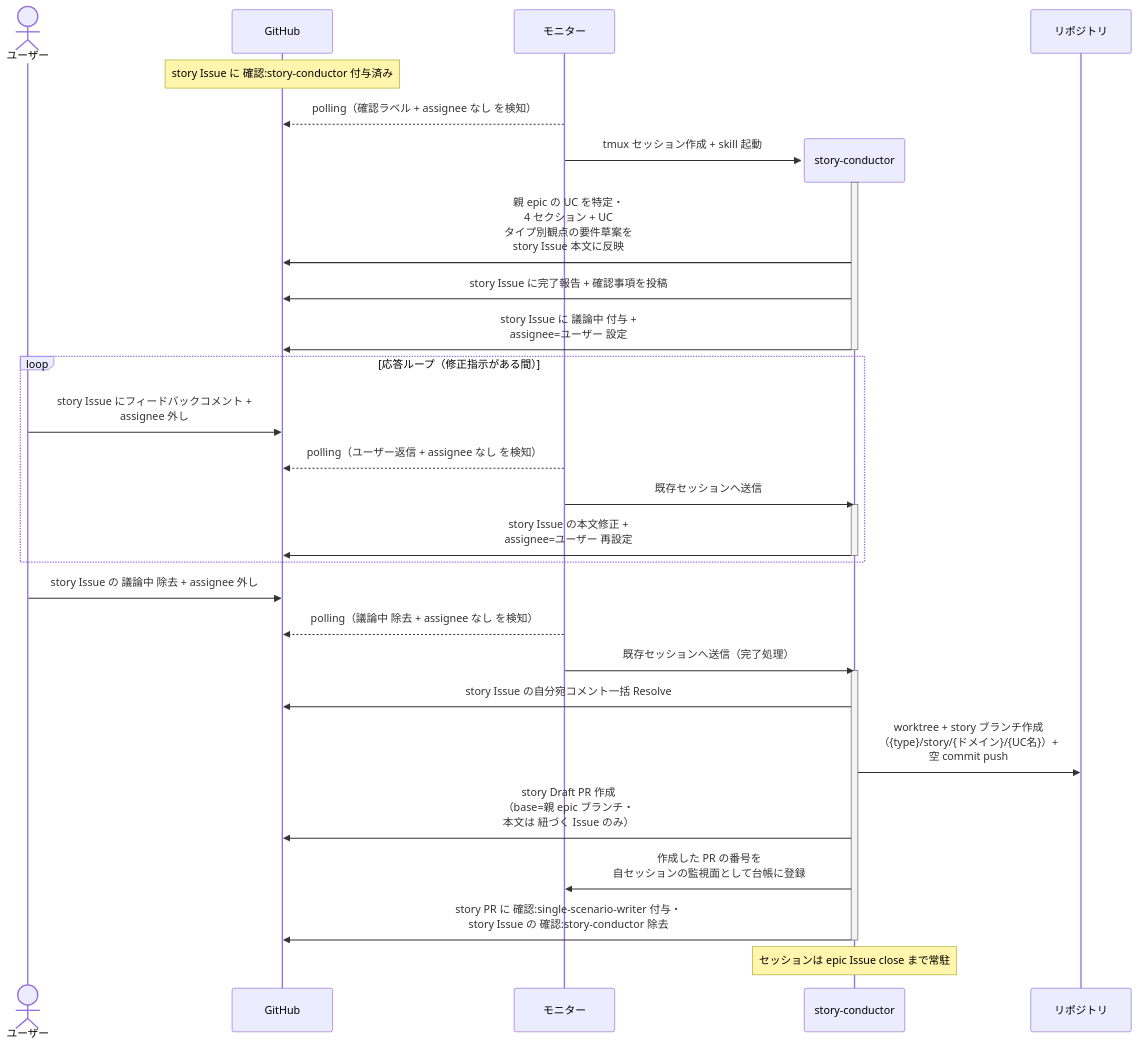
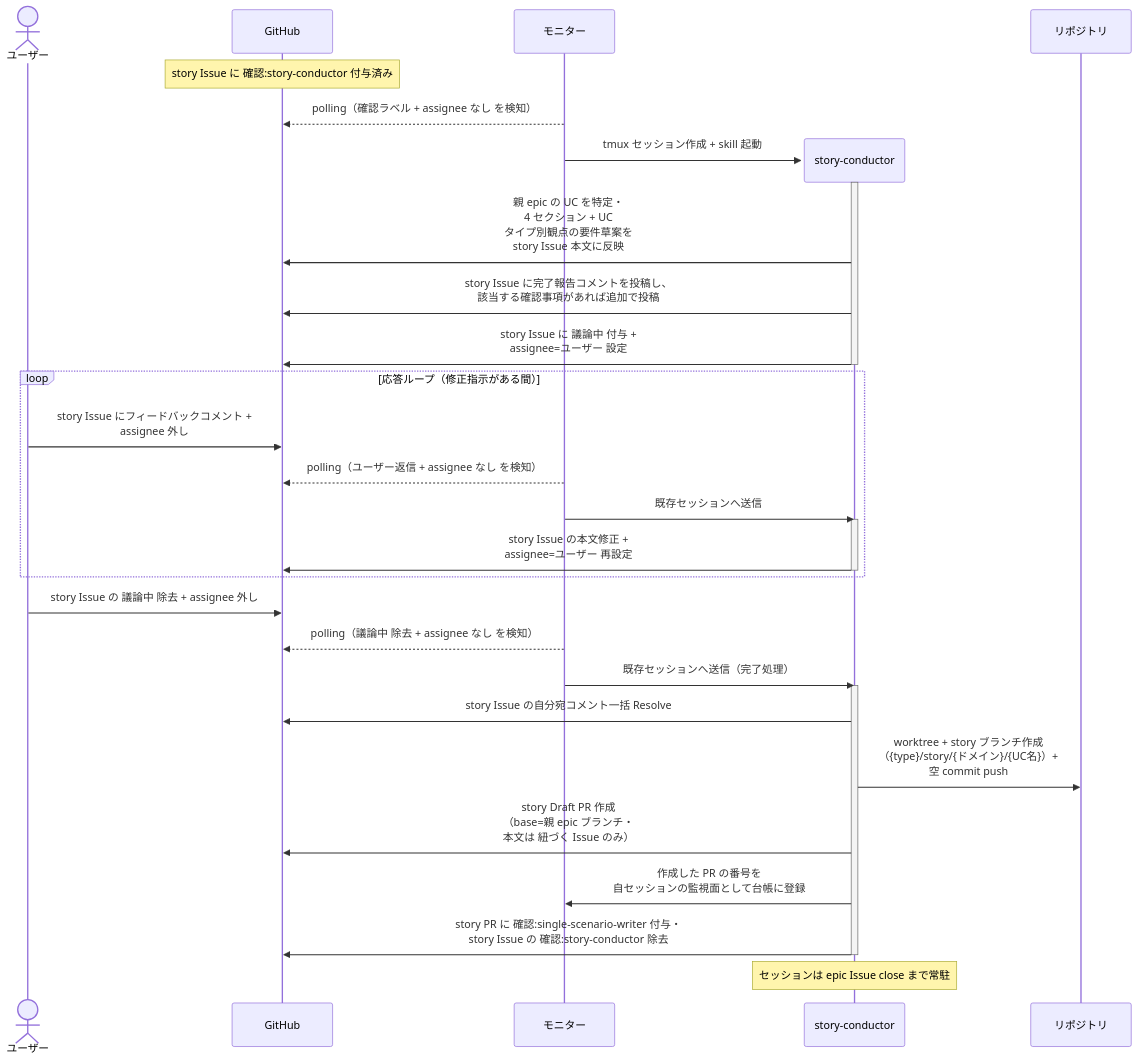
Before and after one commit to shuhei1101/ai-monitor: the diagram in docs/wiki/設計図/シナリオ/単一ユースケース/story要件確定.md, drawn with Mermaid. The commit also changed 5 other files, not shown here.

````diff
--- a/docs/wiki/設計図/シナリオ/単一ユースケース/story要件確定.md
+++ b/docs/wiki/設計図/シナリオ/単一ユースケース/story要件確定.md
@@ -20,38 +20,38 @@
 ```mermaid
 sequenceDiagram
   actor U as ユーザー
   participant GH as GitHub
   participant ORC as モニター
 
   Note over GH: story Issue に 確認:story-conductor 付与済み
   ORC-->>GH: polling（確認ラベル + assignee なし を検知）
   create participant MON as story-conductor
   ORC->>MON: tmux セッション作成 + skill 起動
   participant REPO as リポジトリ
   activate MON
   MON->>GH: 親 epic の UC を特定・<br>4 セクション + UC<br>タイプ別観点の要件草案を<br>story Issue 本文に反映
-  MON->>GH: story Issue に完了報告 + 確認事項を投稿
+  MON->>GH: story Issue に完了報告コメントを投稿し、<br>該当する確認事項があれば追加で投稿
   MON->>GH: story Issue に 議論中 付与 +<br>assignee=ユーザー 設定
   deactivate MON
 
   loop 応答ループ（修正指示がある間）
     U->>GH: story Issue にフィードバックコメント +<br>assignee 外し
     ORC-->>GH: polling（ユーザー返信 + assignee なし を検知）
     ORC->>MON: 既存セッションへ送信
     activate MON
     MON->>GH: story Issue の本文修正 +<br>assignee=ユーザー 再設定
     deactivate MON
   end
 
   U->>GH: story Issue の 議論中 除去 + assignee 外し
   ORC-->>GH: polling（議論中 除去 + assignee なし を検知）
   ORC->>MON: 既存セッションへ送信（完了処理）
   activate MON
   MON->>GH: story Issue の自分宛コメント一括 Resolve
   MON->>REPO: worktree + story ブランチ作成<br>（{type}/story/{ドメイン}/{UC名}）+<br>空 commit push
   MON->>GH: story Draft PR 作成<br>（base=親 epic ブランチ・<br>本文は 紐づく Issue のみ）
   MON->>ORC: 作成した PR の番号を<br>自セッションの監視面として台帳に登録
   MON->>GH: story PR に 確認:single-scenario-writer 付与・<br>story Issue の 確認:story-conductor 除去
   deactivate MON
   Note over MON: セッションは epic Issue close まで常駐
 ```
````
